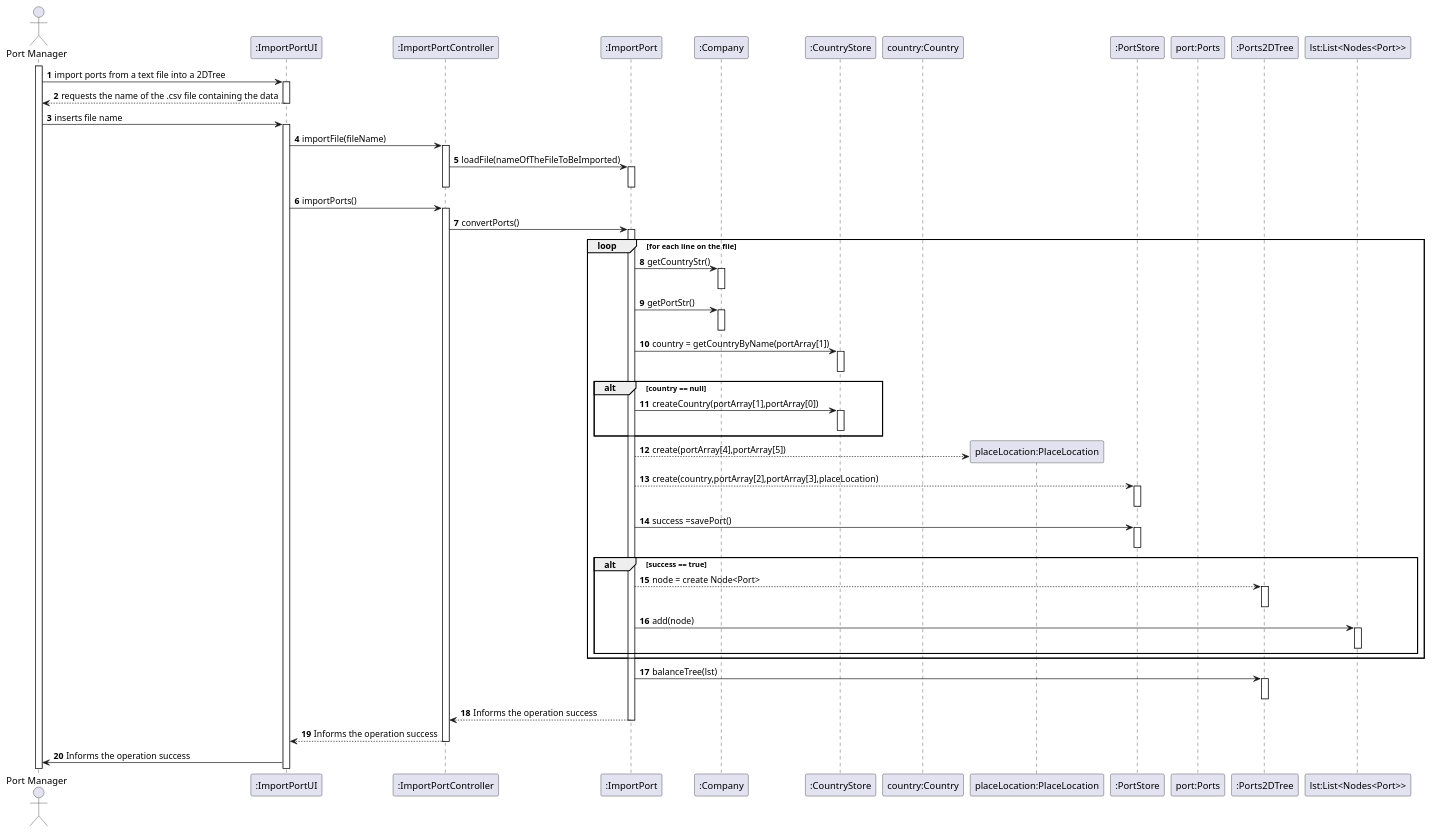
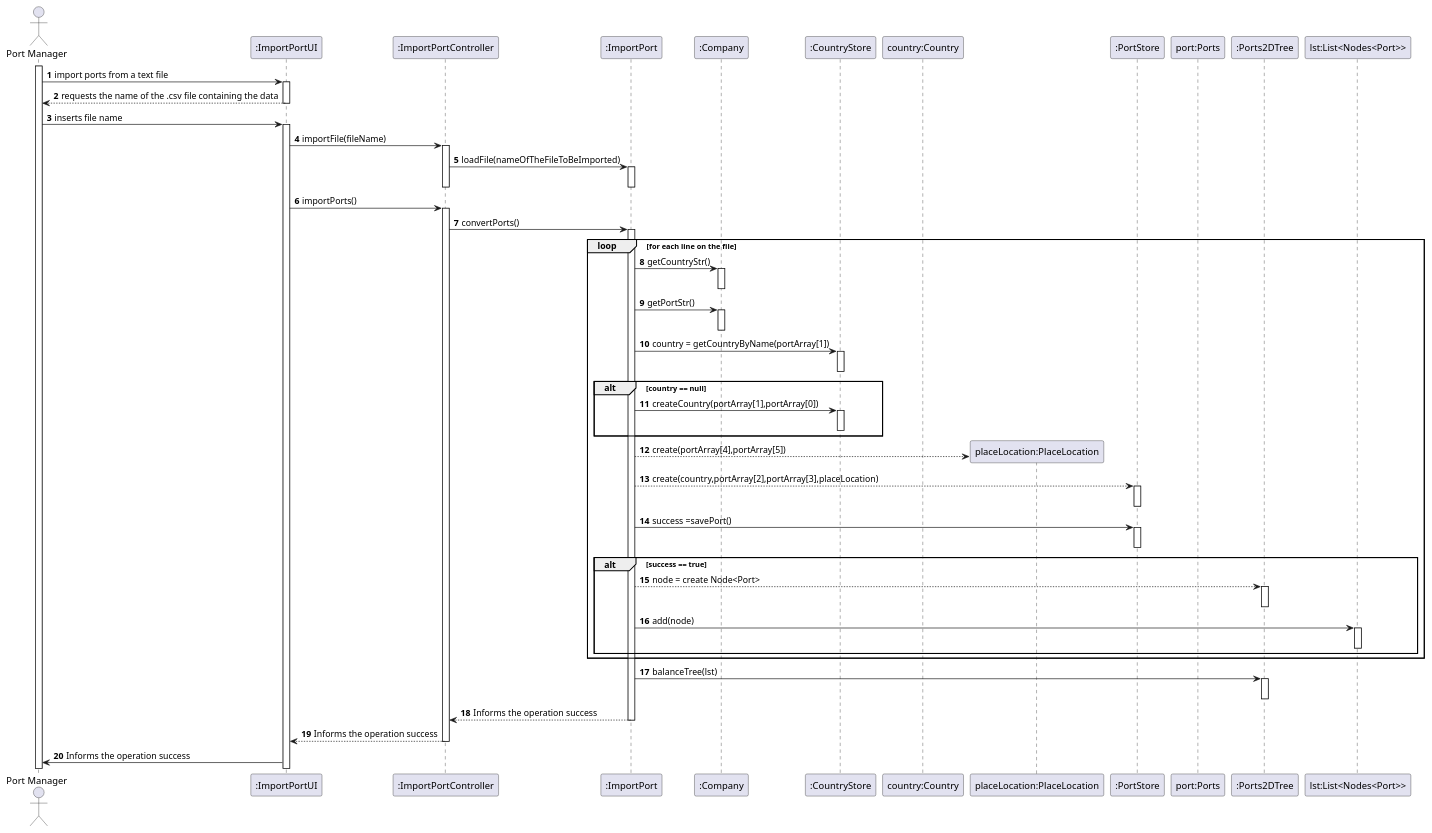
The diagram in docs/US201/US201_SD.puml (0franciscor/lapr3-2021-g042), drawn with PlantUML before and after one commit. The commit also changed 14 other files, not shown here.

```diff
--- a/docs/US201/US201_SD.puml
+++ b/docs/US201/US201_SD.puml
@@ -1,79 +1,79 @@
 @startuml
 
 autonumber
 actor "Port Manager" as PM
 
 participant ":ImportPortUI" as ui
 participant ":ImportPortController" as controller
 participant ":ImportPort" as importPort
 participant ":Company" as company
 participant ":CountryStore" as str
 participant "country:Country" as country
 participant "placeLocation:PlaceLocation" as PL
 participant ":PortStore" as pstore
 participant "port:Ports" as Port
 participant ":Ports2DTree" as tree
 participant "lst:List<Nodes<Port>>" as lst
 
 activate PM
-PM -> ui : import ports from a text file into a 2DTree
+PM -> ui : import ports from a text file
 activate ui
 ui --> PM : requests the name of the .csv file containing the data
 deactivate ui
 PM -> ui : inserts file name
 activate ui
 ui -> controller : importFile(fileName)
 activate controller
 controller -> importPort : loadFile(nameOfTheFileToBeImported)
 activate importPort
 deactivate importPort
 deactivate controller
 ui -> controller : importPorts()
 activate controller
 controller -> importPort : convertPorts()
 activate importPort
 loop for each line on the file
 importPort -> company: getCountryStr()
 activate company
 deactivate company
 importPort -> company : getPortStr()
 activate company
 deactivate company
 importPort -> str: country = getCountryByName(portArray[1])
 activate str
 deactivate str
 alt country == null
 importPort->str : createCountry(portArray[1],portArray[0])
 activate str
 deactivate str
 end
 importPort--> PL** : create(portArray[4],portArray[5])
 importPort --> pstore : create(country,portArray[2],portArray[3],placeLocation)
 activate pstore
 deactivate pstore
 importPort -> pstore : success =savePort()
 activate pstore
 deactivate pstore
 alt success == true
 importPort --> tree : node = create Node<Port>
 activate tree
 deactivate tree
 importPort -> lst : add(node)
 activate lst
 deactivate lst
 end
 end
 importPort -> tree: balanceTree(lst)
 activate tree
 deactivate tree
 
 
 importPort --> controller : Informs the operation success
 deactivate importPort
 controller --> ui : Informs the operation success
 deactivate controller
 
 ui -> PM : Informs the operation success
 
 
 @enduml
```
